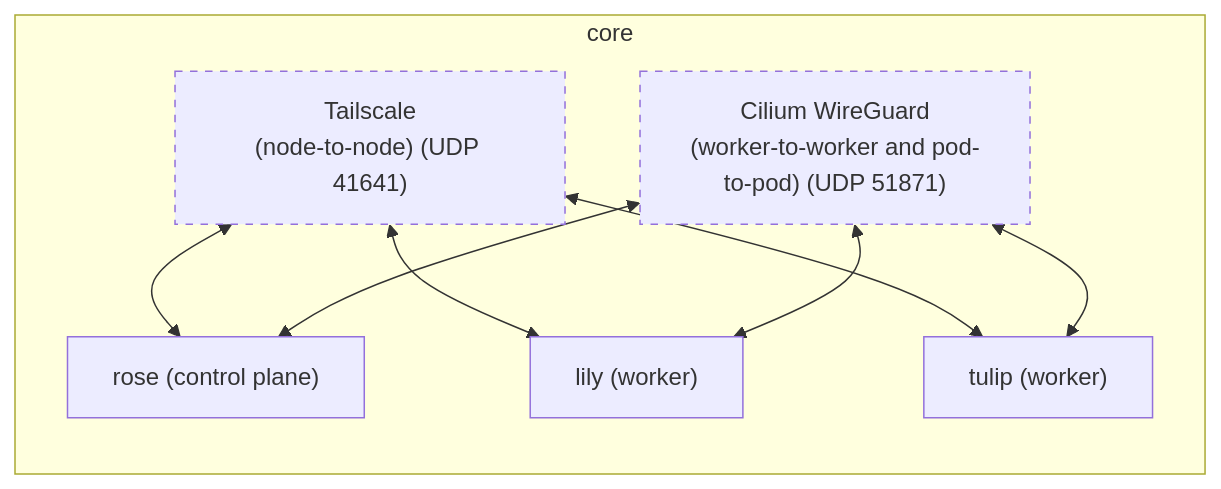
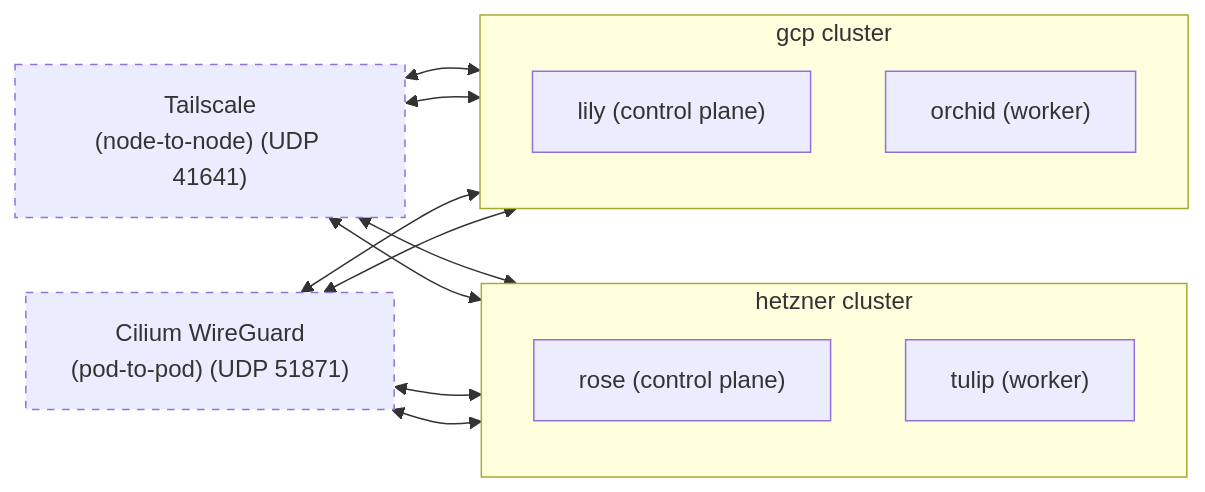
Before and after one commit to bouquet2/bouquet2.1: the diagram in README.md, drawn with Mermaid. The commit also changed other lines of this file and 26 other files, not shown here.

Commit message:
feat: Add GCP provider, multi-cluster support, ClusterMesh module, and refactor Tailscale and DNS configurations.

````diff
--- a/README.md
+++ b/README.md
@@ -104,19 +157,28 @@
 ```mermaid
 graph LR
     classDef dashed stroke-dasharray: 5 5, stroke-width:1px
 
-    subgraph Core [core]
+    subgraph Hetzner [hetzner cluster]
         direction TB
-        core_rose["rose (control plane)"]
-        core_lily["lily (worker)"]
-        core_tulip["tulip (worker)"]
-        core_tailscale["Tailscale<br>(node-to-node) (UDP 41641)"]:::dashed
-        core_cilium_wireguard["Cilium WireGuard<br>(worker-to-worker and pod-to-pod) (UDP 51871)"]:::dashed
-        core_tailscale <--> core_rose
-        core_tailscale <--> core_lily
-        core_tailscale <--> core_tulip
-        core_cilium_wireguard <--> core_rose
-        core_cilium_wireguard <--> core_lily
-        core_cilium_wireguard <--> core_tulip
+        hetzner_rose["rose (control plane)"]
+        hetzner_tulip["tulip (worker)"]
     end
+
+    subgraph GCP [gcp cluster]
+        direction TB
+        gcp_lily["lily (control plane)"]
+        gcp_orchid["orchid (worker)"]
+    end
+
+    core_tailscale["Tailscale<br>(node-to-node) (UDP 41641)"]:::dashed
+    core_cilium_wireguard["Cilium WireGuard<br>(pod-to-pod) (UDP 51871)"]:::dashed
+
+    core_tailscale <--> hetzner_rose
+    core_tailscale <--> hetzner_tulip
+    core_tailscale <--> gcp_lily
+    core_tailscale <--> gcp_orchid
+    core_cilium_wireguard <--> hetzner_rose
+    core_cilium_wireguard <--> hetzner_tulip
+    core_cilium_wireguard <--> gcp_lily
+    core_cilium_wireguard <--> gcp_orchid
 ```
````
